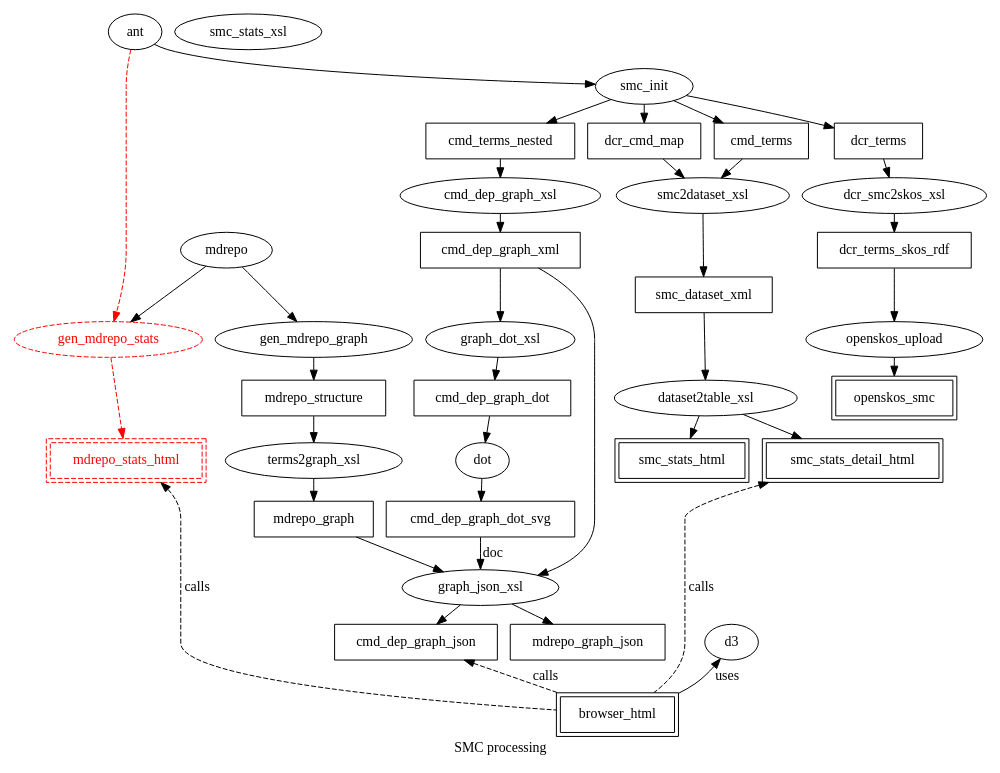
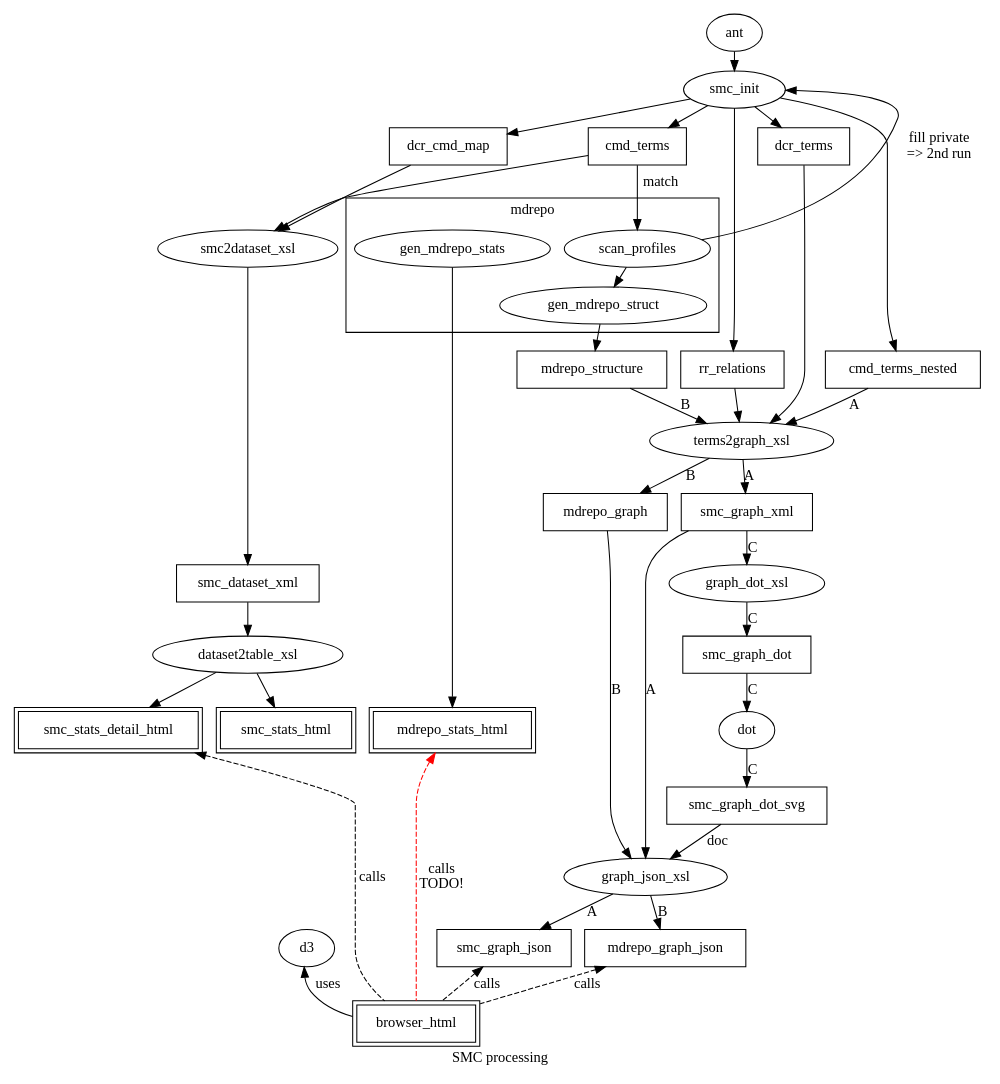
Before and after one commit to acdh-oeaw/graphviewer: the diagram in docs/smc_processing.dot, drawn with Graphviz. The commit also changed 7 other files, not shown here.

Commit message:
updated docs graphs

```diff
--- a/docs/smc_processing.dot
+++ b/docs/smc_processing.dot
@@ -1,115 +1,139 @@
 /* 
 
 dot -osmc_processing.png -Tpng smc_processing.dot
 
 */
 digraph smc_processing {
   label="SMC processing";
 	rankdir=TB;
 	size="10,11";		
 	ranksep=0.25;
 	nodesep=0.18;
 
 	/* graph [compound=true,
 		mclimit=4,		
 		remincross=true,
 		nodesep = 0.1;	
 	size="12,12";		
 	];
 	*/
 
 /*
 node [shape=none];
 context;
 term; */
 
 /* data elements */
 node [shape=box];
 dcr_terms;
 cmd_terms;
 cmd_terms_nested;
 dcr_cmd_map;
-cmd_dep_graph_xml;
-cmd_dep_graph_dot;
-cmd_dep_graph_dot_svg;
-cmd_dep_graph_json;
+rr_relations 
+smc_graph_xml;
+smc_graph_dot;
+smc_graph_dot_svg;
+smc_graph_json;
 smc_dataset_xml;
-dcr_terms_skos_rdf;
+
+/* dcr_terms_skos_rdf; */
 mdrepo_structure;
 mdrepo_graph;
 mdrepo_graph_json;
 
 
 
 /* processing, code  */
 node [shape=ellipse];
 	ant;
-	mdrepo;
-	gen_mdrepo_stats [color=red,style=dashed, fontcolor=red];
+	
 	d3;
 	dot;
-	smc_init;
-	gen_mdrepo_graph;
-	cmd_dep_graph_xsl;
+	smc_init;	
 	graph_dot_xsl;
 	terms2graph_xsl;
 	graph_json_xsl;
-	dcr_smc2skos_xsl;
-	smc_stats_xsl;	
-	openskos_upload;
 	smc2dataset_xsl;
 	dataset2table_xsl;
+	
+	subgraph cluster_mdrepo {
+		label="mdrepo";
+	
+	scan_profiles;
+	gen_mdrepo_struct;
+	gen_mdrepo_stats;
+	
+	}
+	
+/*	dcr_smc2skos_xsl;
+	smc_stats_xsl;	
+ 	openskos_upload; */
+	
 
 /* user "interfaces"  - human readable output */ 
 node [shape=box, peripheries=2];
 smc_stats_html;
 browser_html;
-mdrepo_stats_html [color=red,style=dashed, fontcolor=red];
+mdrepo_stats_html;
 smc_stats_detail_html;
-openskos_smc;
+/* openskos_smc;*/
 
 
 	subgraph order {
 	rank=same;
 	dot;
 		smc_stats_html;
 		mdrepo_stats_html;
 		smc_stats_detail_html;
 	}
 
 /* context -> list;
 term -> map; */
 
 
 ant -> smc_init -> cmd_terms_nested;
 smc_init -> dcr_cmd_map;
 smc_init -> dcr_terms;
 smc_init -> cmd_terms;
-cmd_terms_nested -> cmd_dep_graph_xsl -> cmd_dep_graph_xml;
+smc_init -> rr_relations;
+cmd_terms_nested -> terms2graph_xsl -> smc_graph_xml [label=A];
+dcr_terms -> terms2graph_xsl;
+rr_relations -> terms2graph_xsl;
 
-cmd_dep_graph_xml -> graph_dot_xsl -> cmd_dep_graph_dot  -> dot -> cmd_dep_graph_dot_svg; 
+smc_graph_xml -> graph_dot_xsl -> smc_graph_dot  -> dot -> smc_graph_dot_svg [label=C]; 
 
-cmd_dep_graph_xml -> graph_json_xsl -> cmd_dep_graph_json; 
-cmd_dep_graph_dot_svg -> graph_json_xsl [label="doc"];
+smc_graph_xml -> graph_json_xsl -> smc_graph_json [label=A]; 
+smc_graph_dot_svg -> graph_json_xsl [label="doc"];
 
 d3 -> browser_html [dir=back, label=uses];
-cmd_dep_graph_json -> browser_html [dir=back, style=dashed, label=calls];
+smc_graph_json -> browser_html [dir=back, style=dashed, label=calls];
+mdrepo_graph_json -> browser_html [dir=back, style=dashed, label=calls];
 smc_stats_detail_html -> browser_html [dir=back, style=dashed, label=calls];
-mdrepo -> gen_mdrepo_stats;
-ant -> gen_mdrepo_stats ->  mdrepo_stats_html [color=red,style=dashed];
-mdrepo_stats_html -> browser_html [dir=back, style=dashed, label="calls"];
-mdrepo -> gen_mdrepo_graph -> mdrepo_structure -> terms2graph_xsl -> mdrepo_graph -> graph_json_xsl -> mdrepo_graph_json;
+
+
+gen_mdrepo_stats ->  mdrepo_stats_html;
+mdrepo_stats_html -> browser_html [dir=back, style=dashed, color=red, label="calls\nTODO!"];
+gen_mdrepo_struct -> mdrepo_structure;
+mdrepo_structure -> terms2graph_xsl -> mdrepo_graph -> graph_json_xsl -> mdrepo_graph_json [label=B];
+scan_profiles -> gen_mdrepo_struct;
+
 
 /* obsoleted 
 dcr_cmd_map -> smc_stats_xsl -> smc_stats_html; 
 cmd_terms -> smc_stats_xsl;
 */
 dcr_cmd_map -> smc2dataset_xsl -> smc_dataset_xml -> dataset2table_xsl -> smc_stats_detail_html;
 cmd_terms -> smc2dataset_xsl;
 
+cmd_terms -> scan_profiles [label=match];
+scan_profiles -> smc_init[constraint=false, label="fill private\n => 2nd run"];
+
+
 dataset2table_xsl -> smc_stats_html;
 
+/* obsoleted
 dcr_terms -> dcr_smc2skos_xsl -> dcr_terms_skos_rdf -> openskos_upload -> openskos_smc;
+*/
 
 
 }
```
